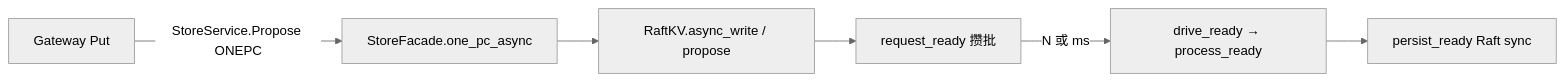
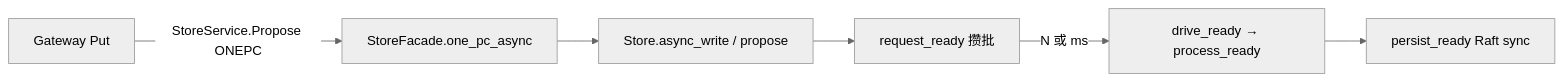
One commit to devotionalist/openkv changed the diagram in docs/flows/25-write-path-knives.md. Above: the diagram before and after it, drawn with Mermaid (neutral theme). The commit also changed other lines of this file and 196 other files, not shown here.

First line of the commit message:
Fold Storage Raft writes into Store and adopt Google C++20 formatting.

````diff
--- a/docs/flows/25-write-path-knives.md
+++ b/docs/flows/25-write-path-knives.md
@@ -26,8 +26,8 @@
 ```mermaid
 flowchart LR
   G[Gateway Put] -->|StoreService.Propose ONEPC| S[StoreFacade.one_pc_async]
-  S --> P[RaftKV.async_write / propose]
+  S --> P[Store.async_write / propose]
   P --> R[request_ready 攒批]
   R -->|N 或 ms| D[drive_ready → process_ready]
   D --> F[persist_ready Raft sync]
 ```
````
